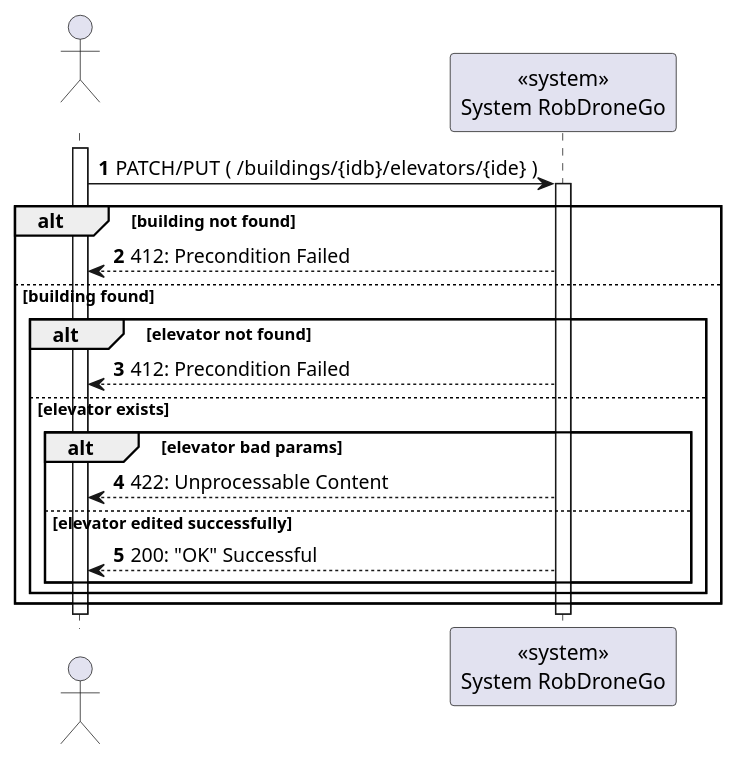
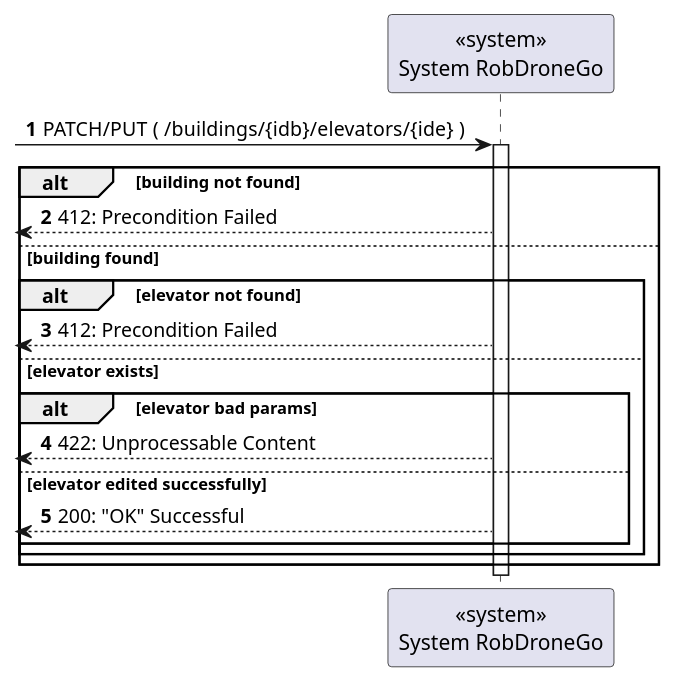
Before and after one commit to Departamento-de-Engenharia-Informatica/lapr5-23-24-g19: the diagram in docs/us280/level1/process-view.puml, drawn with PlantUML. The commit also changed 7 other files, not shown here.

```diff
--- a/docs/us280/level1/process-view.puml
+++ b/docs/us280/level1/process-view.puml
@@ -1,30 +1,30 @@
 @startuml
 autonumber
 
-actor " " as actor
+
 participant "<<system>>\nSystem RobDroneGo" as sys
 
-activate actor
-    actor -> sys: PATCH/PUT  ( /buildings/{idb}/elevators/{ide} )
+
+    [-> sys: PATCH/PUT  ( /buildings/{idb}/elevators/{ide} )
     activate sys
 
     alt building not found
-        sys --> actor : 412: Precondition Failed
+        [<-- sys : 412: Precondition Failed
     else building found
 
         alt elevator not found
-        sys --> actor : 412: Precondition Failed
+        [<-- sys : 412: Precondition Failed
         else elevator exists
 
             alt  elevator bad params
-                sys --> actor : 422: Unprocessable Content
+                [<-- sys : 422: Unprocessable Content
             else elevator edited successfully
-                sys --> actor : 200: "OK" Successful
+                [<-- sys : 200: "OK" Successful
             end
         end
     end
 
     deactivate sys
-deactivate actor
+
 
 @enduml
```
